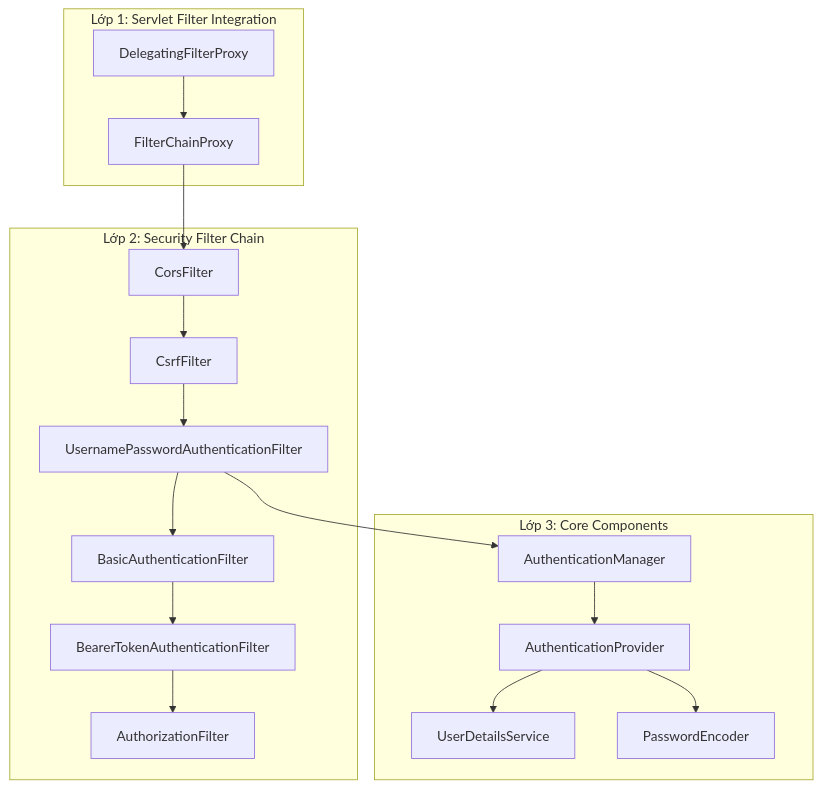
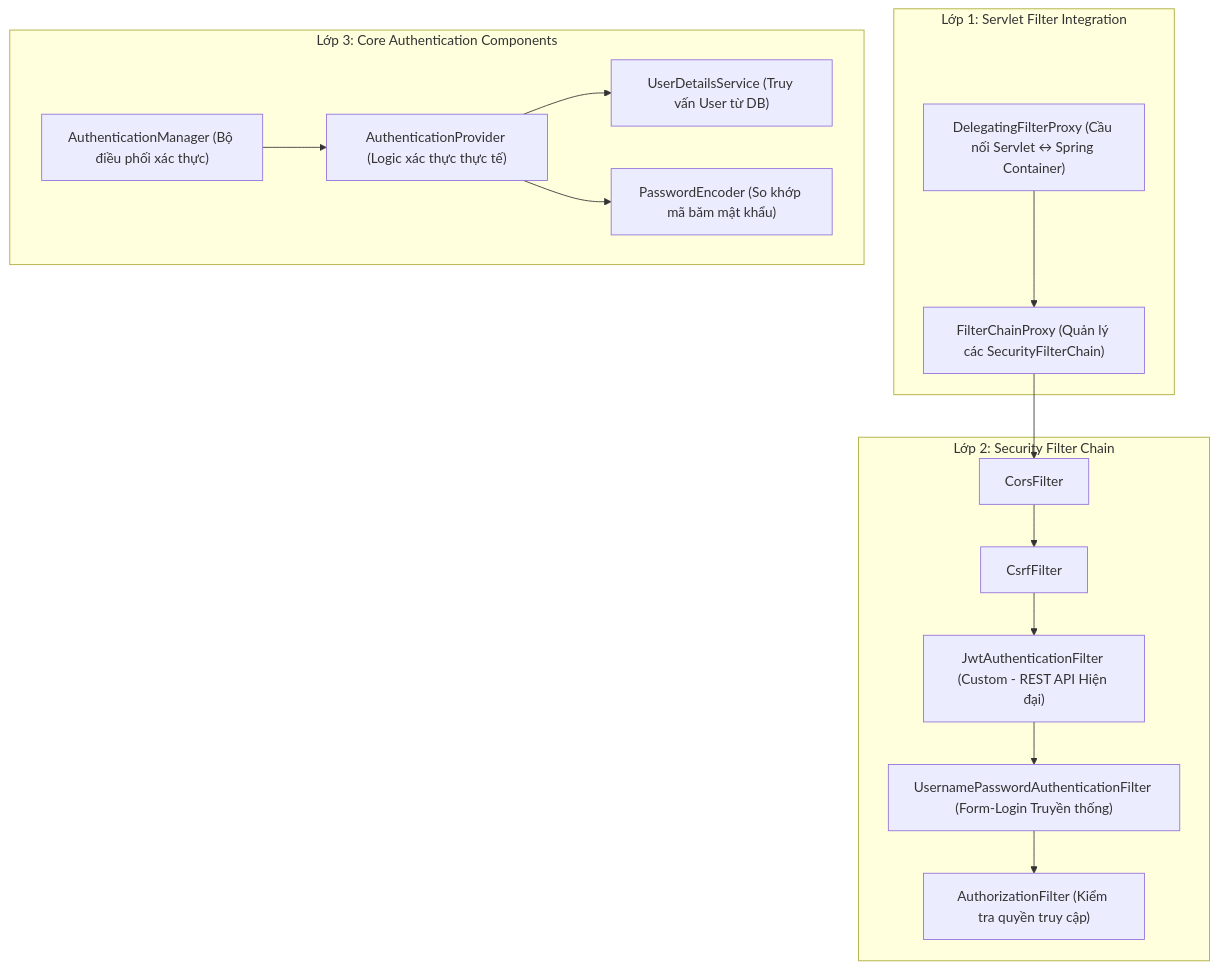
Before and after one commit to anhtudayne/JAVA: the fifth of 15 diagrams in Note/Lesson18/bai-18-spring-security-fundamentals.md, drawn with Mermaid. The commit also changed other lines of this file, not shown here.

Commit message:
docs(lesson 18): update architecture spring security

````diff
--- a/Note/Lesson18/bai-18-spring-security-fundamentals.md
+++ b/Note/Lesson18/bai-18-spring-security-fundamentals.md
@@ -318,30 +320,28 @@
 ```mermaid
 graph TD
     subgraph L1["Lớp 1: Servlet Filter Integration"]
-        DFP2["DelegatingFilterProxy"]
-        FCP["FilterChainProxy"]
+        DFP2["DelegatingFilterProxy (Cầu nối Servlet ↔ Spring Container)"]
+        FCP["FilterChainProxy (Quản lý các SecurityFilterChain)"]
         DFP2 --> FCP
     end
 
     subgraph L2["Lớp 2: Security Filter Chain"]
         F1["CorsFilter"]
         F2["CsrfFilter"]
-        F3["UsernamePasswordAuthenticationFilter"]
-        F4["BasicAuthenticationFilter"]
-        F5["BearerTokenAuthenticationFilter"]
-        F6["AuthorizationFilter"]
-        F1 --> F2 --> F3 --> F4 --> F5 --> F6
+        F_JWT["JwtAuthenticationFilter (Custom - REST API Hiện đại)"]
+        F3["UsernamePasswordAuthenticationFilter (Form-Login Truyền thống)"]
+        F6["AuthorizationFilter (Kiểm tra quyền truy cập)"]
+        F1 --> F2 --> F_JWT --> F3 --> F6
     end
 
-    subgraph L3["Lớp 3: Core Components"]
-        AM["AuthenticationManager"]
-        AP["AuthenticationProvider"]
-        UDS["UserDetailsService"]
-        PE["PasswordEncoder"]
+    subgraph L3["Lớp 3: Core Authentication Components"]
+        AM["AuthenticationManager (Bộ điều phối xác thực)"]
+        AP["AuthenticationProvider (Logic xác thực thực tế)"]
+        UDS["UserDetailsService (Truy vấn User từ DB)"]
+        PE["PasswordEncoder (So khớp mã băm mật khẩu)"]
         AM --> AP --> UDS
         AP --> PE
     end
 
     FCP --> F1
-    F3 --> AM
 ```
````
